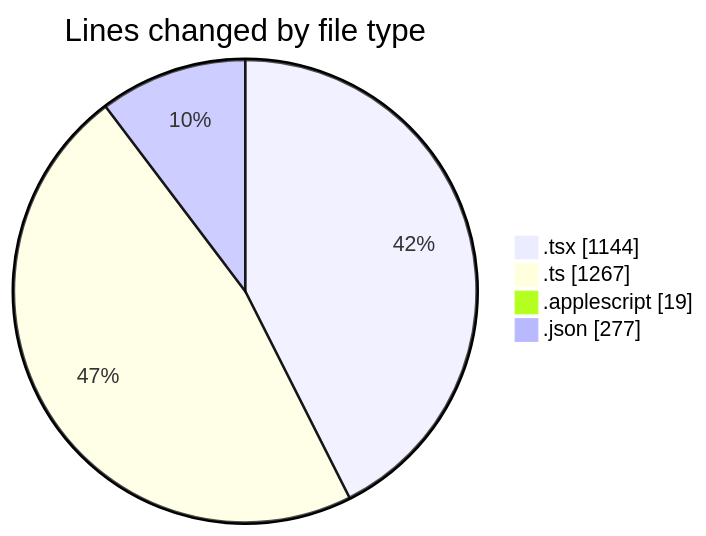
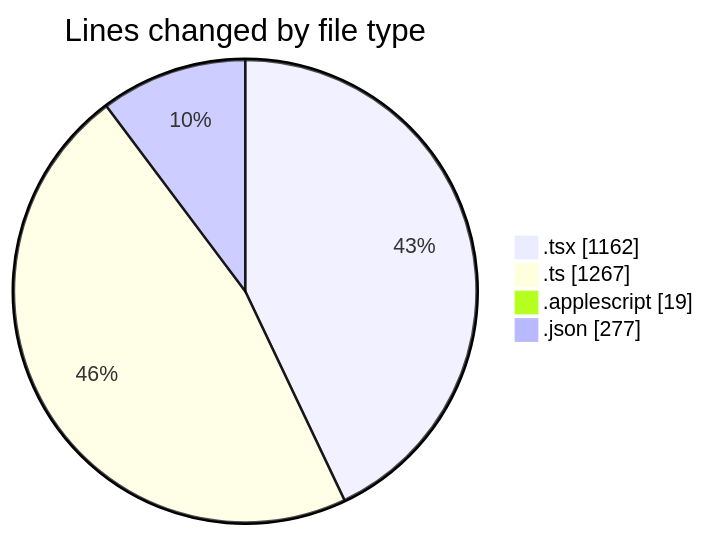
Before and after one commit to EIIisD/code-tracking: the first of 2 diagrams in 2025-07-11/ribbon/README.md, drawn with Mermaid. The commit also changed other lines of this file and 1 other file, not shown here.

````diff
--- a/2025-07-11/ribbon/README.md
+++ b/2025-07-11/ribbon/README.md
@@ -34,8 +34,8 @@
 ```mermaid
 pie showData
 title Lines changed by file type
-".tsx" : 1144
+".tsx" : 1162
 ".ts" : 1267
 ".applescript" : 19
 ".json" : 277
 ```
````
